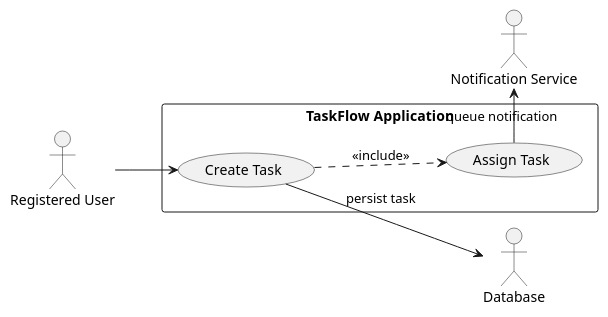
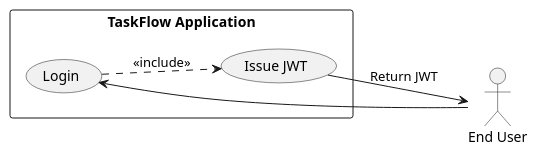
The second of 5 diagrams in artifacts/spec/spec.md (Chaman532003/framework), drawn with PlantUML before and after one commit. The commit also changed other lines of this file, not shown here.

Commit message:
[Propel IQ] Generate create_spec

````diff
--- a/artifacts/spec/spec.md
+++ b/artifacts/spec/spec.md
@@ -210,14 +394,18 @@
 ```plantuml
 @startuml
 left to right direction
-actor "Registered User" as User
+skinparam packageStyle rectangle
+
+actor "End User" as User
+
 rectangle "TaskFlow Application" {
-  usecase (Create Task) as CT
-  usecase (Assign Task) as AT
+  usecase (Login) as UC2
+  usecase (Issue JWT) as UC2b
 }
-User --> CT
-CT ..> AT : <<include>>
-AT -> "Notification Service" : queue notification
-CT --> "Database" : persist task
+
+User --> UC2
+UC2 ..> UC2b : <<include>>
+UC2b --> User : Return JWT
+
 @enduml
 ```
````
